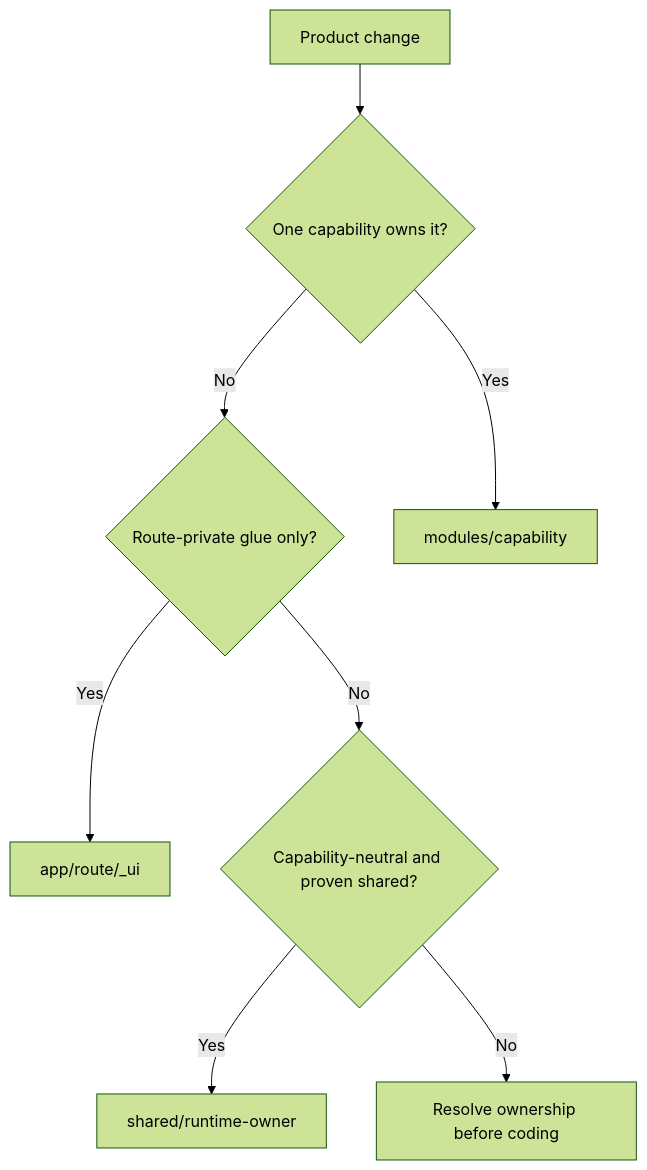
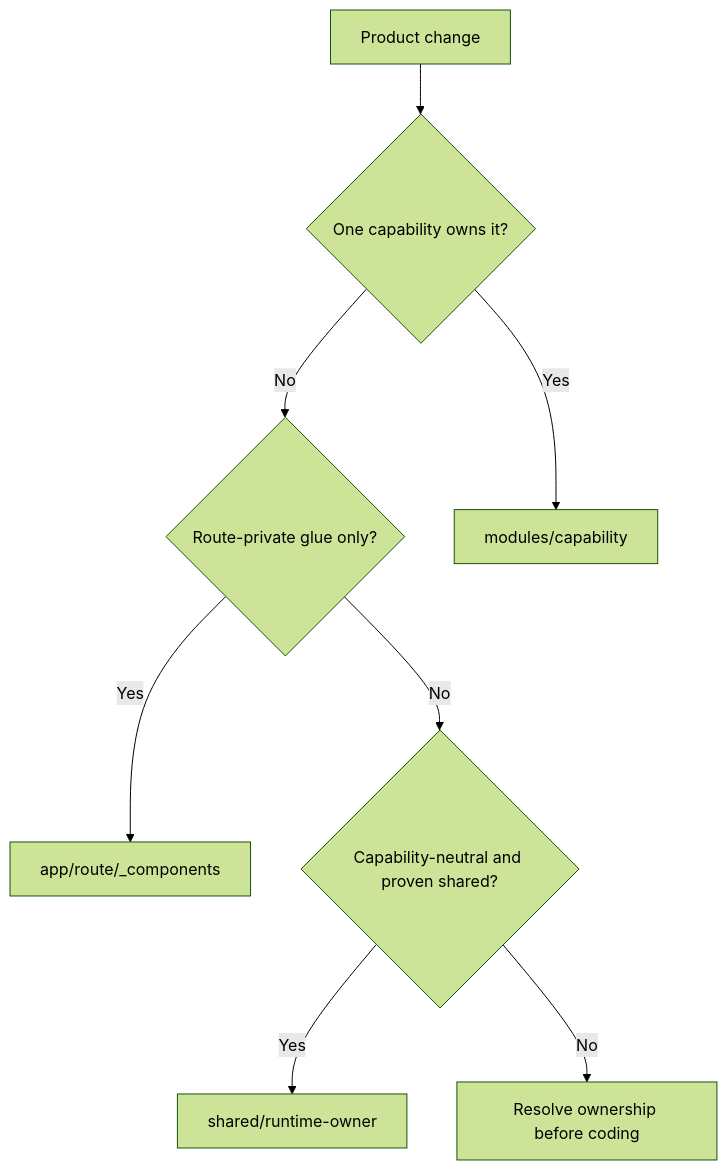
Before and after one commit to clicktronix/nextjs-clean-skills: the diagram in docs/0001-capability-first-modules.md, drawn with Mermaid (forest theme). The commit also changed 20 other files, not shown here.

````diff
--- a/docs/0001-capability-first-modules.md
+++ b/docs/0001-capability-first-modules.md
@@ -53,21 +53,21 @@
 ```mermaid
 flowchart TB
   accTitle: Capability placement decision
   accDescr: Place product behavior in its owning capability, route-private glue beside the route, and proven capability-neutral code in an admitted shared root.
   Change["Product change"]
   Owner{"One capability owns it?"}
   Route{"Route-private glue only?"}
   Module["modules/capability"]
-  App["app/route/_ui"]
+  App["app/route/_components"]
   Shared{"Capability-neutral and proven shared?"}
   SharedRoot["shared/runtime-owner"]
   Stop["Resolve ownership before coding"]
 
   Change --> Owner
   Owner -->|Yes| Module
   Owner -->|No| Route
   Route -->|Yes| App
   Route -->|No| Shared
   Shared -->|Yes| SharedRoot
   Shared -->|No| Stop
 ```
````
